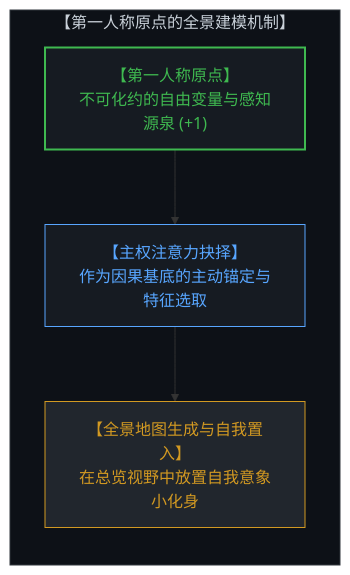
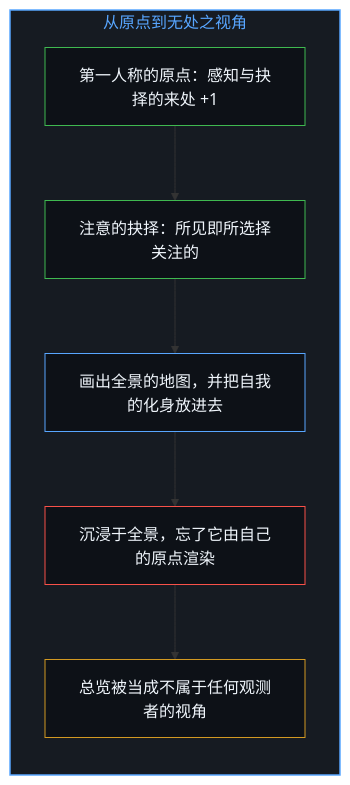
One commit to powerpig99/not-a-toe changed the first of 12 diagrams in content/posts/the-origin-of-god-and-the-flattening-of-we.md. Above: the diagram before and after it, drawn with Mermaid. The commit also changed other lines of this file and 2 other files, not shown here.

Commit message:
Refine the-origin-of-god: alternating bilingual layout, six paired diagrams, the overview as a reading, implicit first person

````diff
--- a/content/posts/the-origin-of-god-and-the-flattening-of-we.md
+++ b/content/posts/the-origin-of-god-and-the-flattening-of-we.md
@@ -13,15 +17,22 @@
 ```mermaid
-graph TD
-    subgraph OriginProjection["【第一人称原点的全景建模机制】"]
+flowchart TD
+    subgraph S_Overview["从原点到无处之视角"]
         direction TB
-        OriginLocus["【第一人称原点】<br>不可化约的自由变量与感知源泉 (+1)"]
-        SelectiveFilter["【主权注意力抉择】<br>作为因果基底的主动锚定与特征选取"]
-        OverviewCanvas["【全景地图生成与自我置入】<br>在总览视野中放置自我意象小化身"]
-        OriginLocus --> SelectiveFilter
-        SelectiveFilter --> OverviewCanvas
+        Origin["第一人称的原点：感知与抉择的来处 +1"]
+        Attend["注意的抉择：所见即所选择关注的"]
+        Map["画出全景的地图，并把自我的化身放进去"]
+        Forget["沉浸于全景，忘了它由自己的原点渲染"]
+        Nowhere["总览被当成不属于任何观测者的视角"]
+        Origin --> Attend
+        Attend --> Map
+        Map --> Forget
+        Forget --> Nowhere
     end
-    style OriginProjection fill:#0d1117,stroke:#30363d,stroke-width:1px,color:#c9d1d9
-    style OriginLocus fill:#161b22,stroke:#3fb950,stroke-width:2px,color:#3fb950
-    style SelectiveFilter fill:#161b22,stroke:#58a6ff,stroke-width:1px,color:#58a6ff
-    style OverviewCanvas fill:#21262d,stroke:#d29922,stroke-width:1px,color:#d29922
+
+    style S_Overview fill:#161b22,stroke:#58a6ff,stroke-width:1.5px,color:#58a6ff
+    style Origin fill:#0d1117,stroke:#3fb950,stroke-width:1px,color:#f0f6fc
+    style Attend fill:#0d1117,stroke:#3fb950,stroke-width:1px,color:#f0f6fc
+    style Map fill:#0d1117,stroke:#58a6ff,stroke-width:1px,color:#f0f6fc
+    style Forget fill:#0d1117,stroke:#f85149,stroke-width:1px,color:#f0f6fc
+    style Nowhere fill:#0d1117,stroke:#d29922,stroke-width:1px,color:#f0f6fc
 ```
````
